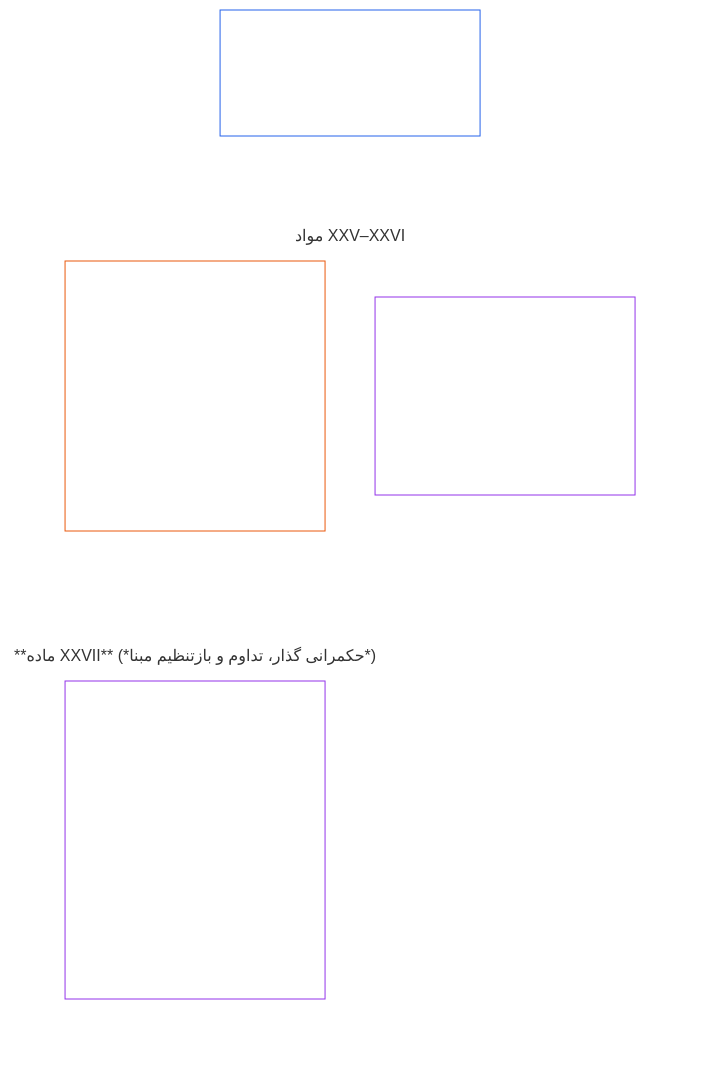
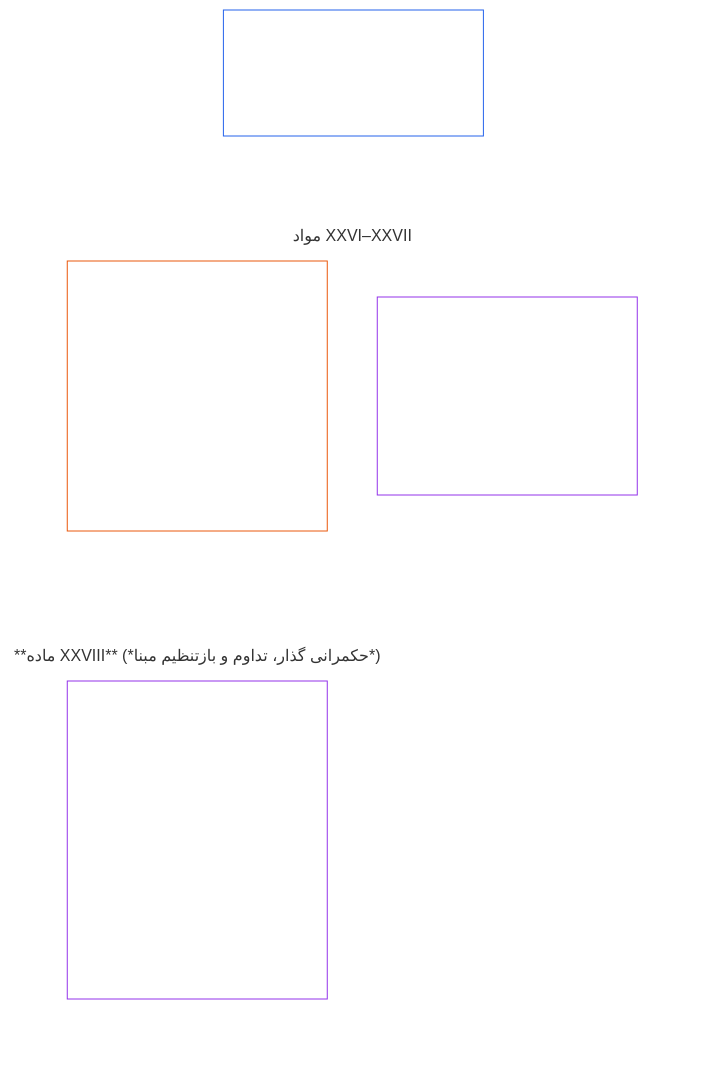
One commit to kfoelsch/Sentient_Constitution changed the diagram in translations/fa/core_06_rights_part_e.md. Above: the diagram before and after it, drawn with Mermaid. The commit also changed other lines of this file and 353 other files, not shown here.

````diff
--- a/translations/fa/core_06_rights_part_e.md
+++ b/translations/fa/core_06_rights_part_e.md
@@ -40,24 +40,24 @@
 ```mermaid
 flowchart TB
     D0["بخش E<br/><br/>حل تعارض، بازبینی، تحول قانون اساسی و گذار"]
     subgraph Dgrid[" "]
         direction TB
-        subgraph Drow1["مواد XXV–XXVI"]
-            D1["**ماده XXV** (*بازبینی به‌موقع گذشته‌نگر و هم‌راستاسازی ترمیمی*) · بازبینی به‌موقع گذشته‌نگر و هم‌راستاسازی ترمیمی<br/><br/>• بازبینی گذشته‌نگر و افشا<br/>• رویه تعارض حقوق<br/>• هم‌راستاسازی ترمیمی<br/>• حل‌وفصل به‌موقع و منع تأخیر"]
-            D2["**ماده XXVI** (*تحول قانون اساسی و منع تثبیت*) · تحول قانون اساسی و منع تثبیت<br/><br/>• منع تثبیت و امکان بازنگری<br/>• اعتبارسنجی دوره‌ای و تغییر شفاف"]
+        subgraph Drow1["مواد XXVI–XXVII"]
+            D1["**ماده XXVI** (*بازبینی به‌موقع گذشته‌نگر و هم‌راستاسازی ترمیمی*) · بازبینی به‌موقع گذشته‌نگر و هم‌راستاسازی ترمیمی<br/><br/>• بازبینی گذشته‌نگر و افشا<br/>• رویه تعارض حقوق<br/>• هم‌راستاسازی ترمیمی<br/>• حل‌وفصل به‌موقع و منع تأخیر"]
+            D2["**ماده XXVII** (*تحول قانون اساسی و منع تثبیت*) · تحول قانون اساسی و منع تثبیت<br/><br/>• منع تثبیت و امکان بازنگری<br/>• اعتبارسنجی دوره‌ای و تغییر شفاف"]
         end
-        subgraph Drow2["**ماده XXVII** (*حکمرانی گذار، تداوم و بازتنظیم مبنا*)"]
-            D3["**ماده XXVII** (*حکمرانی گذار، تداوم و بازتنظیم مبنا*) · حکمرانی گذار، تداوم و بازتنظیم مبنا<br/><br/>• پذیرش مرحله‌ای و تداوم حداقل حقوق<br/>• اختیار در دوره گذار و تجدیداجازه<br/>• راه‌های خروج از شکست، بازتنظیم مبنا و قابلیت ردیابی<br/>• اموال و سامانه‌های ناسازگار"]
+        subgraph Drow2["**ماده XXVIII** (*حکمرانی گذار، تداوم و بازتنظیم مبنا*)"]
+            D3["**ماده XXVIII** (*حکمرانی گذار، تداوم و بازتنظیم مبنا*) · حکمرانی گذار، تداوم و بازتنظیم مبنا<br/><br/>• پذیرش مرحله‌ای و تداوم حداقل حقوق<br/>• اختیار در دوره گذار و تجدیداجازه<br/>• راه‌های خروج از شکست، بازتنظیم مبنا و قابلیت ردیابی<br/>• اموال و سامانه‌های ناسازگار"]
         end
     end
     %% پیوندهای نامرئی شبکه‌ای دو ستونی می‌سازند: هر پیوند هدف را یک سطح پایین‌تر قرار می‌دهد.
     D0 ~~~ D1 & D2
     D1 ~~~ D3
     style Dgrid fill:none,stroke:none
     style Drow1 fill:none,stroke:none
     style Drow2 fill:none,stroke:none
     style D0 fill:none,stroke:#2563eb,color:#ffffff
     style D1 fill:none,stroke:#ea580c,color:#ffffff
     style D2 fill:none,stroke:#9333ea,color:#ffffff
     style D3 fill:none,stroke:#9333ea,color:#ffffff
 ```
````
